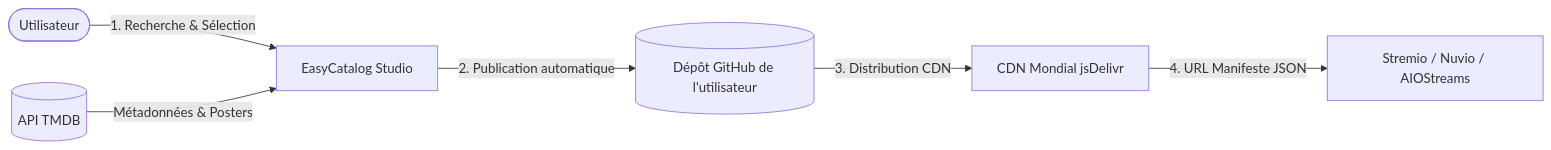
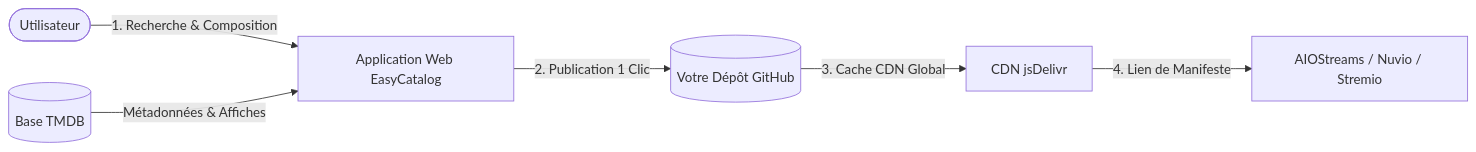
The diagram in README.fr.md (Wayku-io/EasyCatalog), drawn with Mermaid before and after one commit. The commit also changed other lines of this file and 1 other file, not shown here.

Commit message:
docs: present EasyCatalog as an end-user web service without self-hosting guides

````diff
--- a/README.fr.md
+++ b/README.fr.md
@@ -56,8 +86,8 @@
 ```mermaid
 graph LR
-    User([Utilisateur]) -->|1. Recherche & Sélection| App[EasyCatalog Studio]
-    TMDB[(API TMDB)] -->|Métadonnées & Posters| App
-    App -->|2. Publication automatique| GitHub[(Dépôt GitHub de l'utilisateur)]
-    GitHub -->|3. Distribution CDN| jsDelivr[CDN Mondial jsDelivr]
-    jsDelivr -->|4. URL Manifeste JSON| Stremio[Stremio / Nuvio / AIOStreams]
+    User([Utilisateur]) -->|1. Recherche & Composition| App[Application Web EasyCatalog]
+    TMDB[(Base TMDB)] -->|Métadonnées & Affiches| App
+    App -->|2. Publication 1 Clic| GitHub[(Votre Dépôt GitHub)]
+    GitHub -->|3. Cache CDN Global| jsDelivr[CDN jsDelivr]
+    jsDelivr -->|4. Lien de Manifeste| Player[AIOStreams / Nuvio / Stremio]
 ```
````
